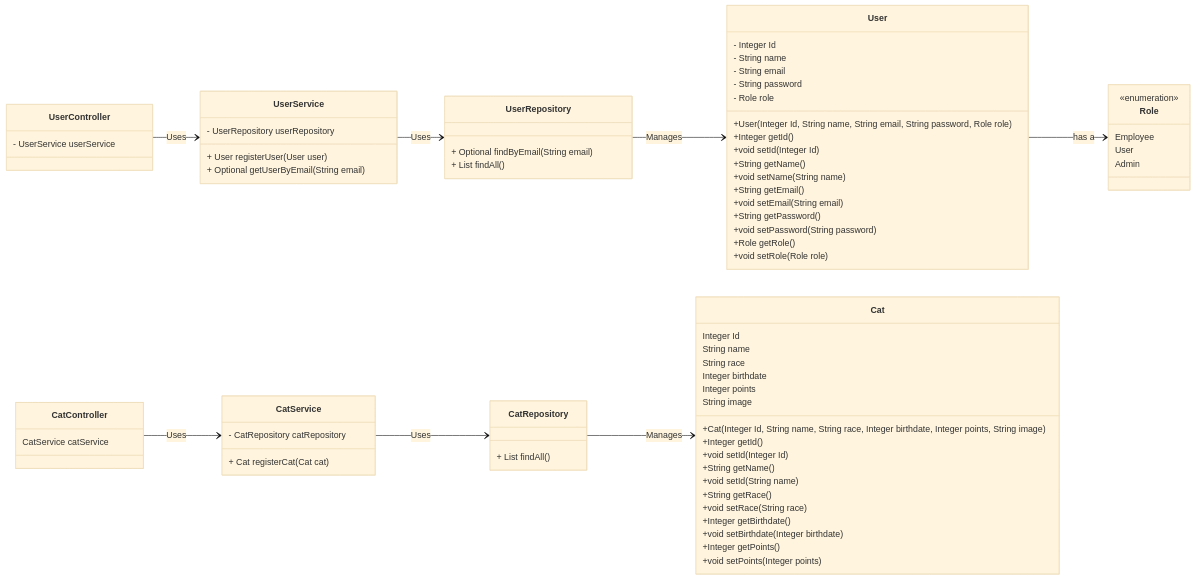
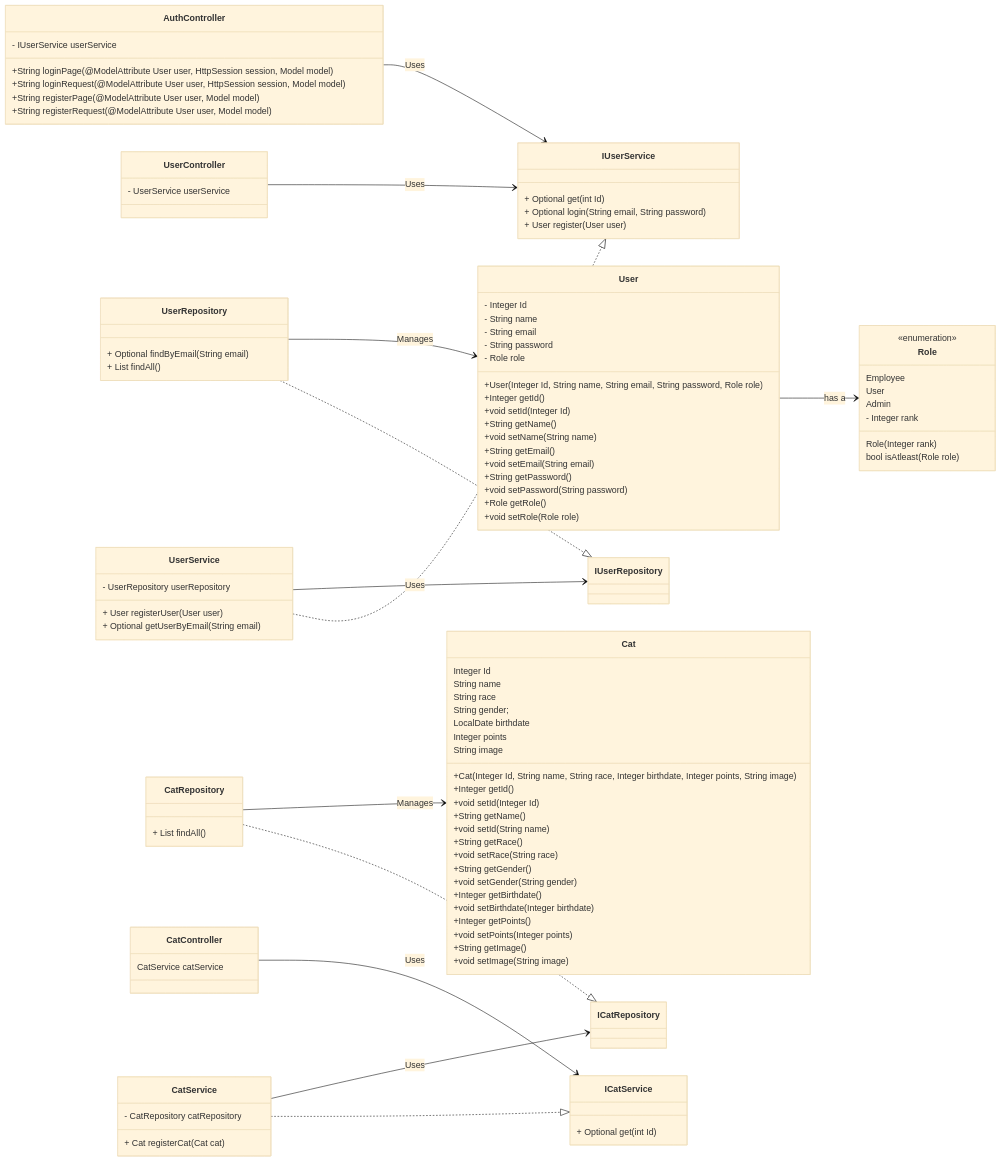
The diagram in diagrams/klassediagram.md (zealand-cs/Racekatteklubben), drawn with Mermaid (base theme) before and after one commit. The commit also changed other lines of this file and 1 other file, not shown here.

Commit message:
Videre på klassediagram samt Cat.java

````diff
--- a/diagrams/klassediagram.md
+++ b/diagrams/klassediagram.md
@@ -29,14 +29,18 @@
         Employee
         User
         Admin
-        
+        - Integer rank
+        Role(Integer rank)
+        bool isAtleast(Role role)
+                
     }
     
     class Cat {
         Integer Id
         String name
         String race
-        Integer birthdate
+        String gender;
+        LocalDate birthdate
         Integer points
         String image
         
@@ -48,10 +52,14 @@
         +void setId(String name)
         +String getRace()
         +void setRace(String race)
+        +String getGender()
+        +void setGender(String gender)
         +Integer getBirthdate()
         +void setBirthdate(Integer birthdate)
         +Integer getPoints()
         +void setPoints(Integer points)
+        +String getImage()
+        +void setImage(String image)
         
         }
         
@@ -61,9 +69,19 @@
         + Optional<User> getUserByEmail(String email) 
     }
     
+    class IUserService {
+        + Optional<User> get (int Id)
+        + Optional<User> login(String email, String password)
+        + User register (User user)
+    }
+    
     class UserRepository {
         + Optional<User> findByEmail(String email)
         + List<User> findAll()
+    }
+    
+    class IUserRepository {
+        
     }
     
     class UserController {
@@ -76,19 +94,47 @@
         + Cat registerCat(Cat cat)
     }
     
+    class ICatService {
+        + Optional<Cat> get (int Id)
+ }
+    
     class CatRepository {
         + List<Cat> findAll()
+    }
+    
+    class ICatRepository {
+        
     }
     
     class CatController {
         CatService catService
     }
     
-CatController --> CatService : Uses
-CatService --> CatRepository : Uses
-CatRepository --> Cat : Manages
-UserController --> UserService : Uses
-UserService --> UserRepository : Uses
-UserRepository --> User : Manages
-User --> Role : has a
+    class AuthController {
+        - IUserService userService
+        +String loginPage(@ModelAttribute User user, HttpSession session, Model model)
+        +String loginRequest(@ModelAttribute User user, HttpSession session, Model model)
+        +String registerPage(@ModelAttribute User user, Model model)
+        +String registerRequest(@ModelAttribute User user, Model model)
+    }
+
+
+%% Interface implementations
+    UserService ..|> IUserService
+    UserRepository ..|> IUserRepository
+    CatService ..|> ICatService
+    CatRepository ..|> ICatRepository
+
+%% Dependency injections
+    UserController --> IUserService : Uses
+    AuthController --> IUserService : Uses
+    UserService --> IUserRepository : Uses
+    UserRepository --> User : Manages
+    CatController --> ICatService : Uses
+    CatService --> ICatRepository : Uses
+    CatRepository --> Cat : Manages
+
+%% User and Role Relationship
+    User --> Role : has a
+    
 ```
````
